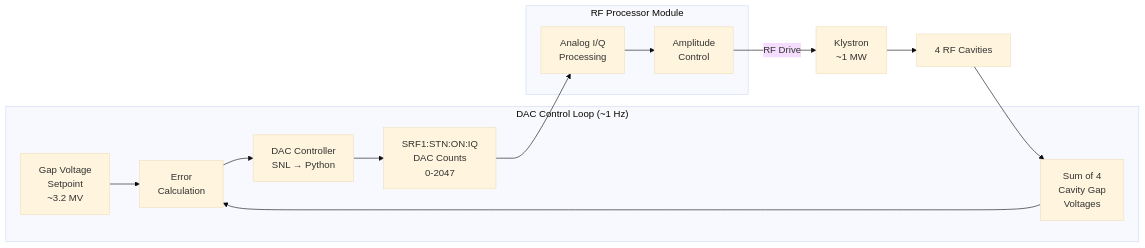
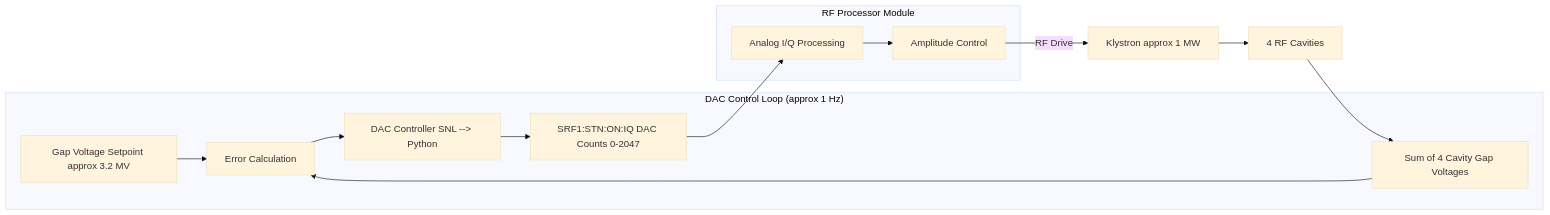
Before and after one commit to fayaw/spearlegacyLLRF: the fifth of 18 diagrams in SPEAR3_LLRF_COMPREHENSIVE_ANALYSIS.md, drawn with Mermaid (base theme). The commit also changed other lines of this file, not shown here.

First line of the commit message:
Fix Mermaid diagram syntax errors

````diff
--- a/SPEAR3_LLRF_COMPREHENSIVE_ANALYSIS.md
+++ b/SPEAR3_LLRF_COMPREHENSIVE_ANALYSIS.md
@@ -229,25 +229,25 @@
 ```mermaid
 graph LR
-    subgraph "DAC Control Loop (~1 Hz)"
-        Setpoint[Gap Voltage<br/>Setpoint<br/>~3.2 MV]
-        Sum[Sum of 4<br/>Cavity Gap<br/>Voltages]
-        Error[Error<br/>Calculation]
-        Controller[DAC Controller<br/>SNL → Python]
-        DAC_PV[SRF1:STN:ON:IQ<br/>DAC Counts<br/>0-2047]
-    end
-    
-    subgraph "RF Processor Module"
-        RFP[Analog I/Q<br/>Processing]
-        Amp[Amplitude<br/>Control]
-    end
-    
-    Setpoint --> Error
-    Sum --> Error
-    Error --> Controller
-    Controller --> DAC_PV
-    DAC_PV --> RFP
-    RFP --> Amp
-    Amp --> |RF Drive| Klystron[Klystron<br/>~1 MW]
-    Klystron --> Cavities[4 RF Cavities]
-    Cavities --> Sum
+ subgraph "DAC Control Loop (approx 1 Hz)"
+ Setpoint[Gap Voltage Setpoint approx 3.2 MV]
+ Sum[Sum of 4 Cavity Gap Voltages]
+ Error[Error Calculation]
+ Controller[DAC Controller SNL --> Python]
+ DAC_PV[SRF1:STN:ON:IQ DAC Counts 0-2047]
+ end
+ 
+ subgraph "RF Processor Module"
+ RFP[Analog I/Q Processing]
+ Amp[Amplitude Control]
+ end
+ 
+ Setpoint --> Error
+ Sum --> Error
+ Error --> Controller
+ Controller --> DAC_PV
+ DAC_PV --> RFP
+ RFP --> Amp
+ Amp --> |RF Drive| Klystron[Klystron approx 1 MW]
+ Klystron --> Cavities[4 RF Cavities]
+ Cavities --> Sum
 ```
````
